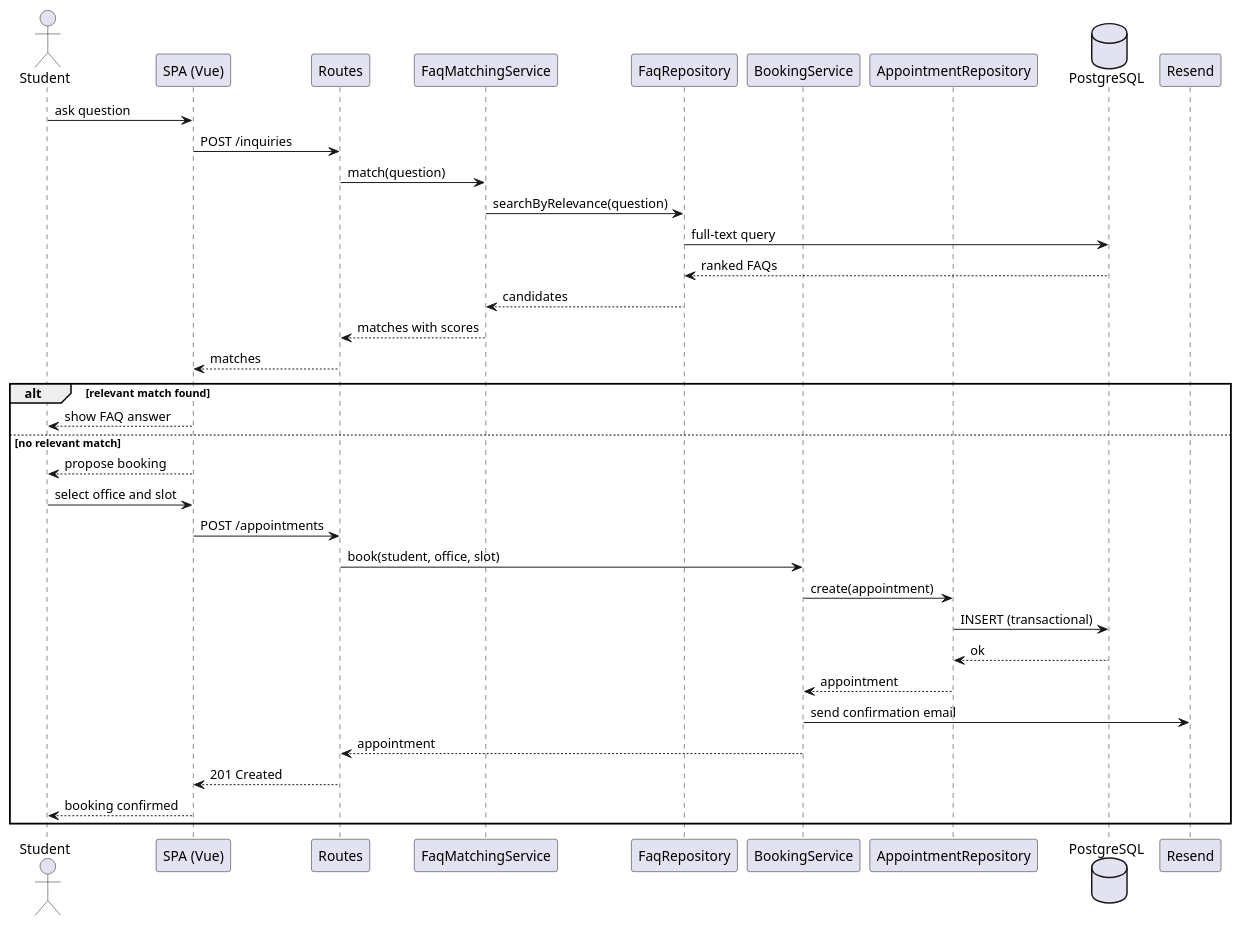
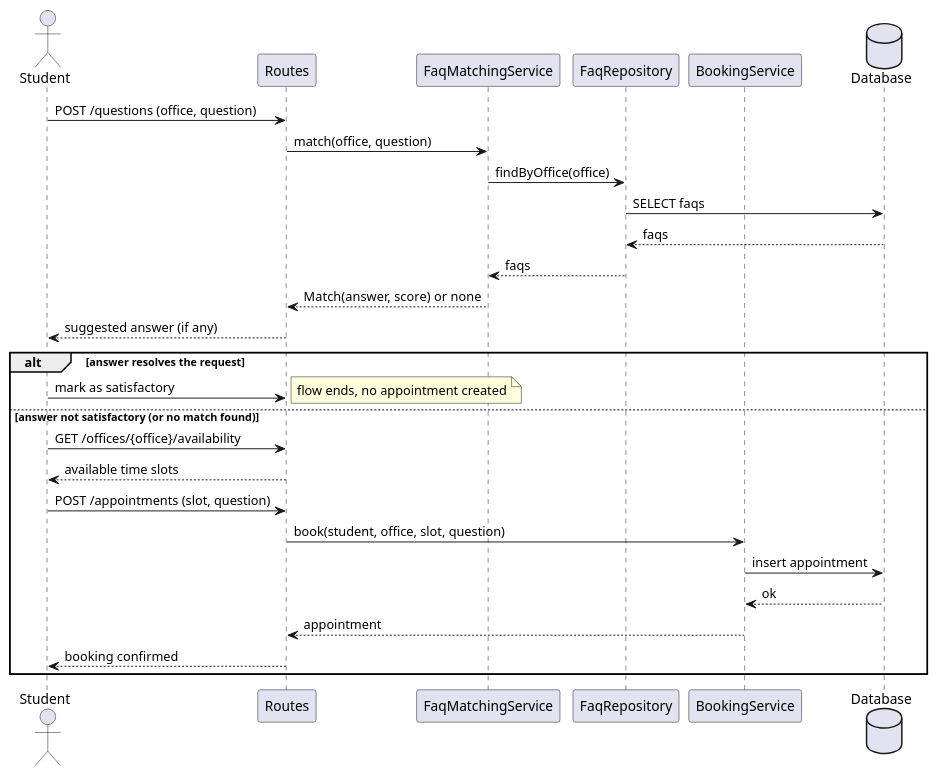
The diagram in sections/03-design/assets/seq1.puml (unibo-dtm-se-2526-PRONTO/report), drawn with PlantUML before and after one commit. The commit also changed 11 other files, not shown here.

Commit message:
docs(design): fix diagrams and unify terminology

```diff
--- a/sections/03-design/assets/seq1.puml
+++ b/sections/03-design/assets/seq1.puml
@@ -1,38 +1,31 @@
-@startuml sequence-main-flow
-actor Student
-participant "SPA (Vue)" as spa
+@startuml seq1
+actor Student as student
 participant "Routes" as routes
 participant "FaqMatchingService" as faqsvc
 participant "FaqRepository" as faqrepo
 participant "BookingService" as booksvc
-participant "AppointmentRepository" as apptrepo
-database "PostgreSQL" as db
-participant "Resend" as mail
+database "Database" as db
 
-Student -> spa : ask question
-spa -> routes : POST /inquiries
-routes -> faqsvc : match(question)
-faqsvc -> faqrepo : searchByRelevance(question)
-faqrepo -> db : full-text query
-db --> faqrepo : ranked FAQs
-faqrepo --> faqsvc : candidates
-faqsvc --> routes : matches with scores
-routes --> spa : matches
+student -> routes : POST /questions (office, question)
+routes -> faqsvc : match(office, question)
+faqsvc -> faqrepo : findByOffice(office)
+faqrepo -> db : SELECT faqs
+db --> faqrepo : faqs
+faqrepo --> faqsvc : faqs
+faqsvc --> routes : Match(answer, score) or none
+routes --> student : suggested answer (if any)
 
-alt relevant match found
-  spa --> Student : show FAQ answer
-else no relevant match
-  spa --> Student : propose booking
-  Student -> spa : select office and slot
-  spa -> routes : POST /appointments
-  routes -> booksvc : book(student, office, slot)
-  booksvc -> apptrepo : create(appointment)
-  apptrepo -> db : INSERT (transactional)
-  db --> apptrepo : ok
-  apptrepo --> booksvc : appointment
-  booksvc -> mail : send confirmation email
+alt answer resolves the request
+  student -> routes : mark as satisfactory
+  note right : flow ends, no appointment created
+else answer not satisfactory (or no match found)
+  student -> routes : GET /offices/{office}/availability
+  routes --> student : available time slots
+  student -> routes : POST /appointments (slot, question)
+  routes -> booksvc : book(student, office, slot, question)
+  booksvc -> db : insert appointment
+  db --> booksvc : ok
   booksvc --> routes : appointment
-  routes --> spa : 201 Created
-  spa --> Student : booking confirmed
+  routes --> student : booking confirmed
 end
 @enduml
```
